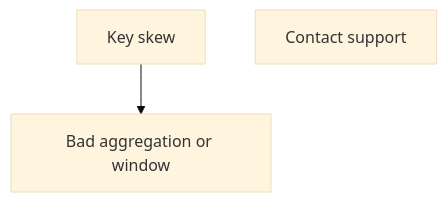
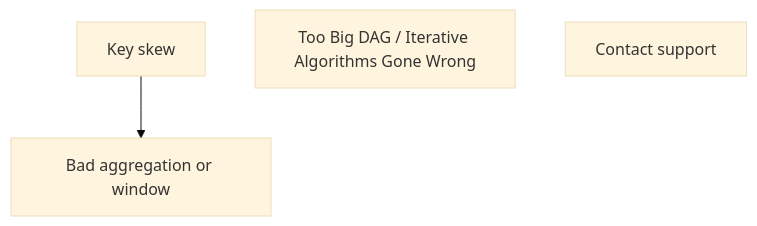
The diagram in docs/flowchart/shared.md (holdenk/spark-flowchart), drawn with Mermaid (base theme) before and after one commit. The commit also changed 4 other files, not shown here.

Commit message:
Too big dag issues.

````diff
--- a/docs/flowchart/shared.md
+++ b/docs/flowchart/shared.md
@@ -1,11 +1,13 @@
 ```mermaid
 graph TD
 KEYSKEW[Key skew]
 BADAGGREGATE[Bad aggregation or window]
+TOOBIGDAG[Too Big DAG / Iterative Algorithms Gone Wrong]
 
 KEYSKEW --> BADAGGREGATE
 click KEYSKEW "../../details/key-skew" "Key skew"
 click BADAGREGATE "../../details/bad-aggregate" "Bad aggregation"
+click TOOBIGDAG "../../details/toobigdag" "Too big DAG (or when your iterative algorithms go wrong)"
 
 OHNOES[Contact support]
 ```
````
